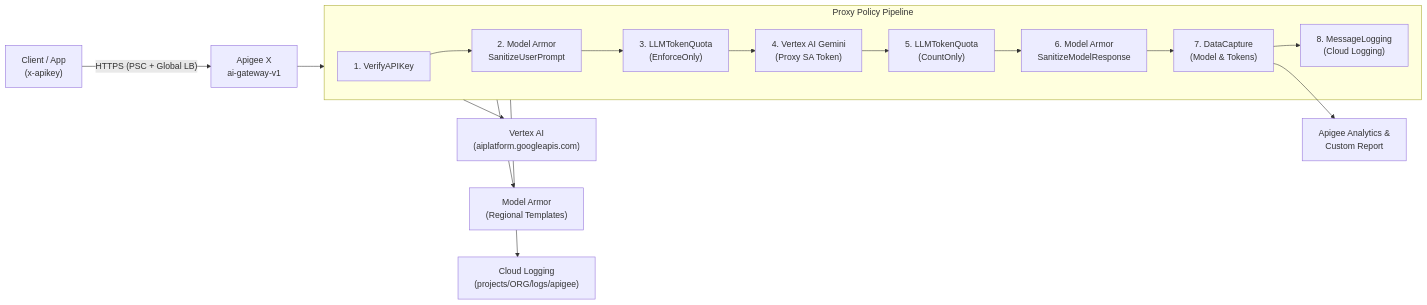
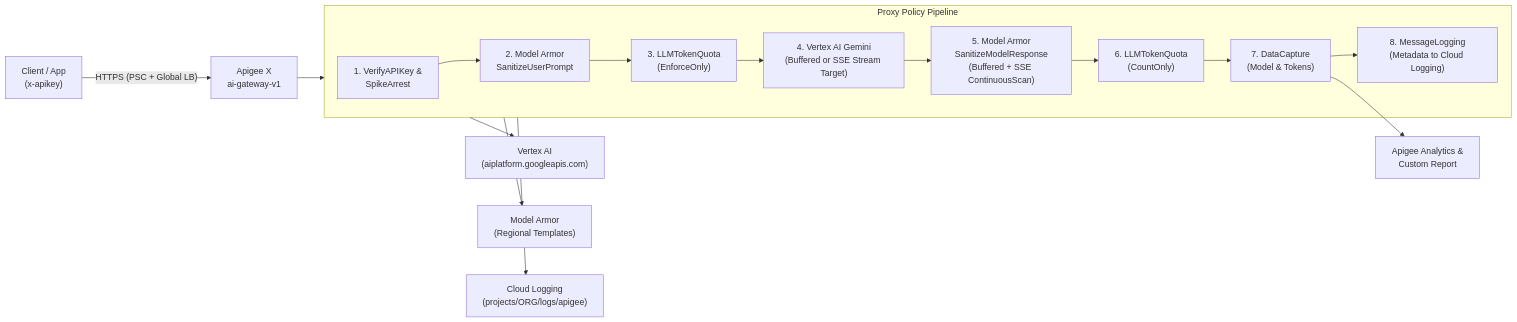
Before and after one commit to maloosatyam-google/apigee-ai-gateway-quickstart: the diagram in README.md, drawn with Mermaid. The commit also changed other lines of this file and 19 other files, not shown here.

Commit message:
Fix SSE streaming target, custom report UUID lookup, LB timeout, and proxy guardrails

````diff
--- a/README.md
+++ b/README.md
@@ -7,20 +7,20 @@
 ```mermaid
 flowchart LR
     Client["Client / App<br/>(x-apikey)"] -->|"HTTPS (PSC + Global LB)"| Apigee["Apigee X<br/>ai-gateway-v1"]
 
     subgraph Policies["Proxy Policy Pipeline"]
-        VA["1. VerifyAPIKey"] --> SUP["2. Model Armor<br/>SanitizeUserPrompt"]
+        VA["1. VerifyAPIKey &<br/>SpikeArrest"] --> SUP["2. Model Armor<br/>SanitizeUserPrompt"]
         SUP --> LTQ1["3. LLMTokenQuota<br/>(EnforceOnly)"]
-        LTQ1 --> Target["4. Vertex AI Gemini<br/>(Proxy SA Token)"]
-        Target --> LTQ2["5. LLMTokenQuota<br/>(CountOnly)"]
-        LTQ2 --> SMR["6. Model Armor<br/>SanitizeModelResponse"]
-        SMR --> DC["7. DataCapture<br/>(Model & Tokens)"]
-        DC --> ML["8. MessageLogging<br/>(Cloud Logging)"]
+        LTQ1 --> Target["4. Vertex AI Gemini<br/>(Buffered or SSE Stream Target)"]
+        Target --> SMR["5. Model Armor<br/>SanitizeModelResponse<br/>(Buffered + SSE ContinuousScan)"]
+        SMR --> LTQ2["6. LLMTokenQuota<br/>(CountOnly)"]
+        LTQ2 --> DC["7. DataCapture<br/>(Model & Tokens)"]
+        DC --> ML["8. MessageLogging<br/>(Metadata to Cloud Logging)"]
     end
 
     Apigee --> Policies
     Policies --> Vertex["Vertex AI<br/>(aiplatform.googleapis.com)"]
     Policies --> Armor["Model Armor<br/>(Regional Templates)"]
     Policies --> Logs["Cloud Logging<br/>(projects/ORG/logs/apigee)"]
     DC --> Reports["Apigee Analytics &<br/>Custom Report"]
 ```
````
